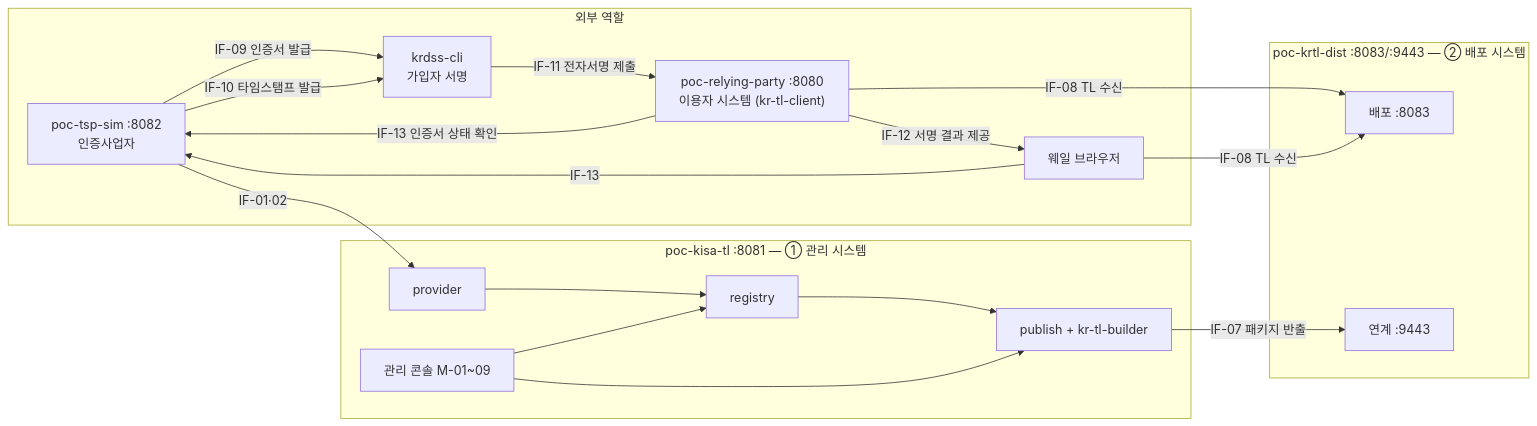
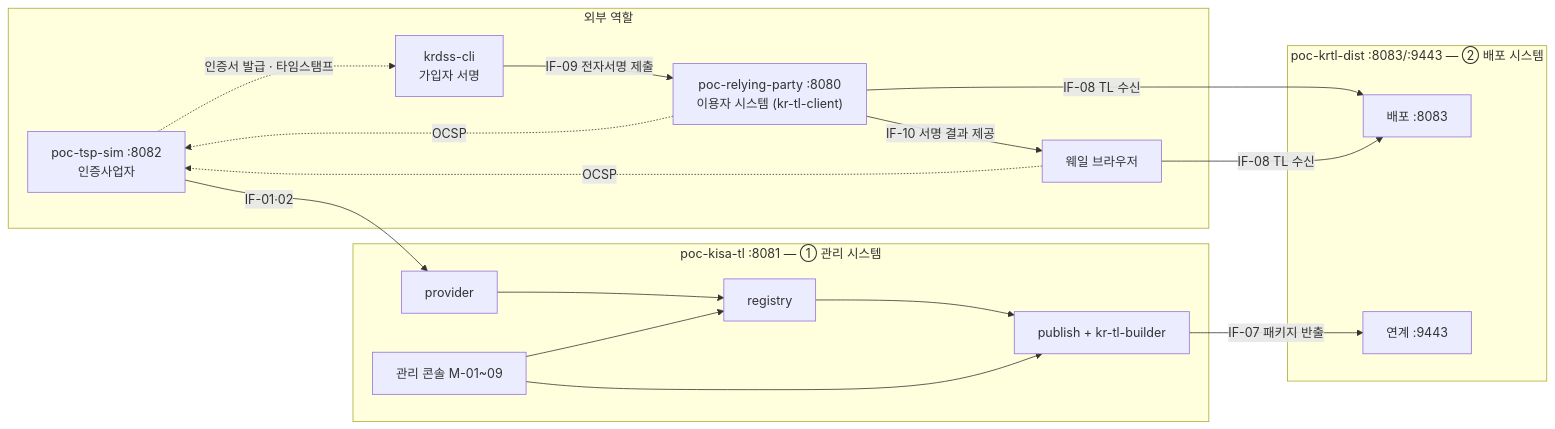
The diagram in docs/design/KR-TL-관리시스템/04-PoC-구성.md (yongsungkim-electcerti/kr-dss), drawn with Mermaid before and after one commit. The commit also changed 8 other files, not shown here.

````diff
--- a/docs/design/KR-TL-관리시스템/04-PoC-구성.md
+++ b/docs/design/KR-TL-관리시스템/04-PoC-구성.md
@@ -27,30 +27,29 @@
 ```mermaid
 flowchart LR
     subgraph EXT["외부 역할"]
         TSP["poc-tsp-sim :8082<br/>인증사업자"]
         USR["krdss-cli<br/>가입자 서명"]
         WH["웨일 브라우저"]
         RP["poc-relying-party :8080<br/>이용자 시스템 (kr-tl-client)"]
     end
     subgraph M["poc-kisa-tl :8081 — ① 관리 시스템"]
         CON["관리 콘솔 M-01~09"]
         PRV["provider"]
         REG["registry"]
         PUB["publish + kr-tl-builder"]
     end
     subgraph D["poc-krtl-dist :8083/:9443 — ② 배포 시스템"]
         DL["배포 :8083"]
         RCV["연계 :9443"]
     end
     TSP -- "IF-01·02" --> PRV --> REG --> PUB
     CON --> REG & PUB
     PUB -- "IF-07 패키지 반출" --> RCV
     RP -- "IF-08 TL 수신" --> DL
     WH -- "IF-08 TL 수신" --> DL
-    TSP -- "IF-09 인증서 발급" --> USR
-    TSP -- "IF-10 타임스탬프 발급" --> USR
-    USR -- "IF-11 전자서명 제출" --> RP
-    RP -- "IF-12 서명 결과 제공" --> WH
-    RP -- "IF-13 인증서 상태 확인" --> TSP
-    WH -- "IF-13" --> TSP
+    TSP -. "인증서 발급 · 타임스탬프" .-> USR
+    USR -- "IF-09 전자서명 제출" --> RP
+    RP -- "IF-10 서명 결과 제공" --> WH
+    RP -. "OCSP" .-> TSP
+    WH -. "OCSP" .-> TSP
 ```
````
